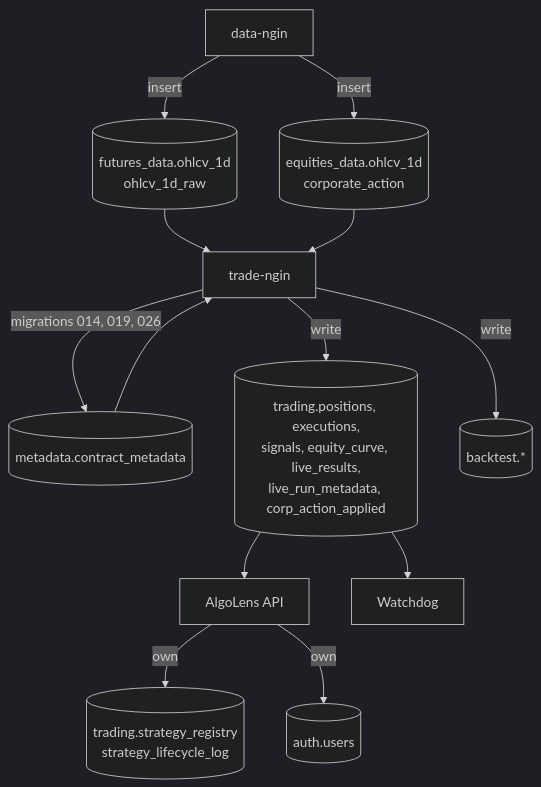
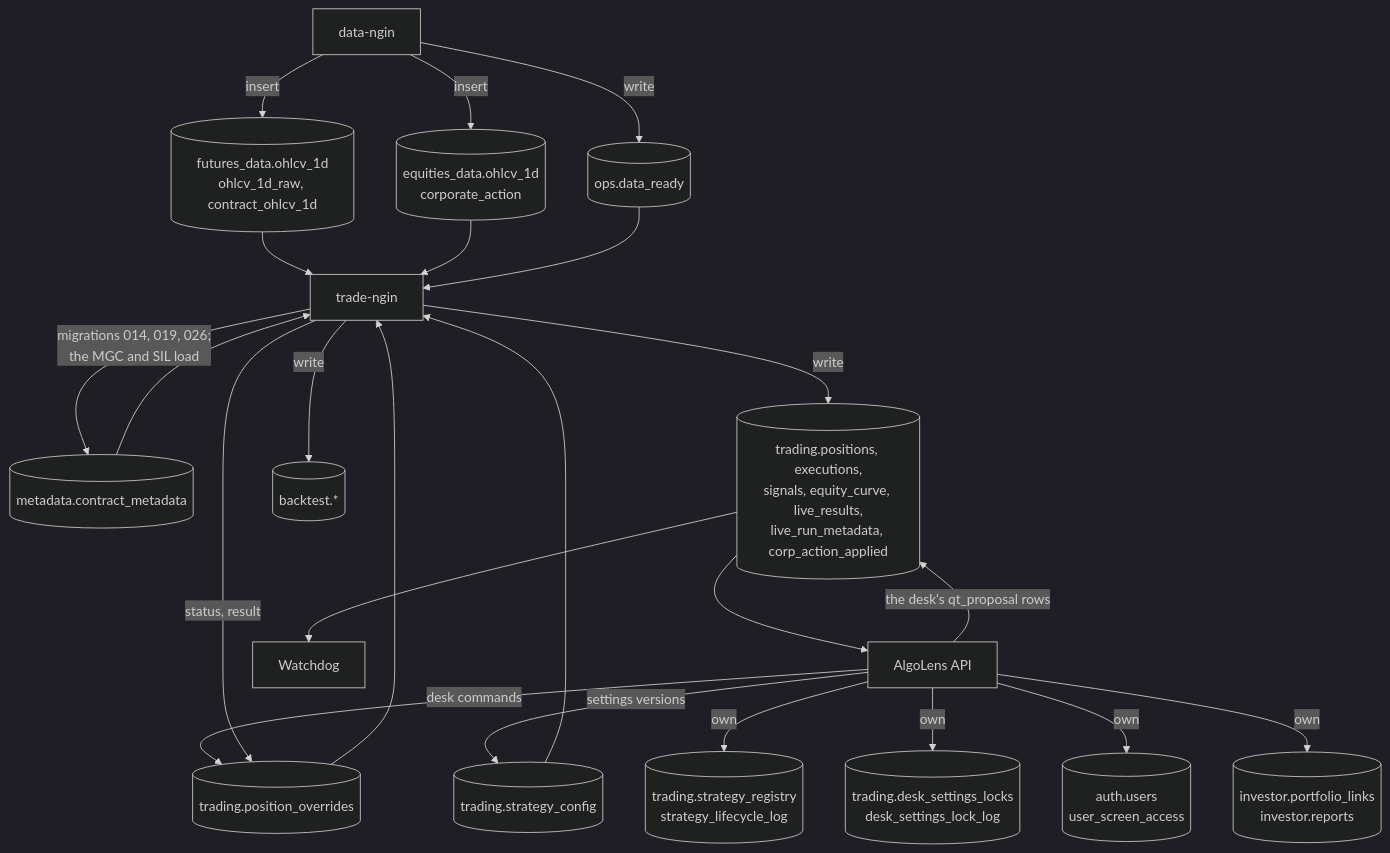
The second of 3 diagrams in services/trade-ngin/docs/SYSTEM_ARCHITECTURE.md (AlgoGators/algogators), drawn with Mermaid (dark theme) before and after one commit. The commit also changed other lines of this file and 48 other files, not shown here.

````diff
--- a/services/trade-ngin/docs/SYSTEM_ARCHITECTURE.md
+++ b/services/trade-ngin/docs/SYSTEM_ARCHITECTURE.md
@@ -516,16 +634,26 @@
 ```mermaid
 flowchart TB
-  DN["data-ngin"] -->|insert| FUT[("futures_data.ohlcv_1d<br/>ohlcv_1d_raw")]
+  DN["data-ngin"] -->|insert| FUT[("futures_data.ohlcv_1d<br/>ohlcv_1d_raw, contract_ohlcv_1d")]
   DN -->|insert| EQ[("equities_data.ohlcv_1d<br/>corporate_action")]
+  DN -->|write| OPS[("ops.data_ready")]
   META[("metadata.contract_metadata")]
   FUT --> TN["trade-ngin"]
   EQ --> TN
   META --> TN
-  TN -->|"migrations 014, 019, 026"| META
+  OPS --> TN
+  TN -->|"migrations 014, 019, 026;<br/>the MGC and SIL load"| META
   TN -->|write| TRD[("trading.positions, executions,<br/>signals, equity_curve, live_results,<br/>live_run_metadata, corp_action_applied")]
   TN -->|write| BTS[("backtest.*")]
   TRD --> AL["AlgoLens API"]
+  AL -->|"the desk's qt_proposal rows"| TRD
+  AL -->|"desk commands"| OVR[("trading.position_overrides")]
+  AL -->|"settings versions"| CFG[("trading.strategy_config")]
+  OVR --> TN
+  TN -->|"status, result"| OVR
+  CFG --> TN
   AL -->|own| REG[("trading.strategy_registry<br/>strategy_lifecycle_log")]
-  AL -->|own| AUTH[("auth.users")]
+  AL -->|own| LOCK[("trading.desk_settings_locks<br/>desk_settings_lock_log")]
+  AL -->|own| AUTH[("auth.users<br/>user_screen_access")]
+  AL -->|own| INV[("investor.portfolio_links<br/>investor.reports")]
   TRD --> WD["Watchdog"]
 ```
````
